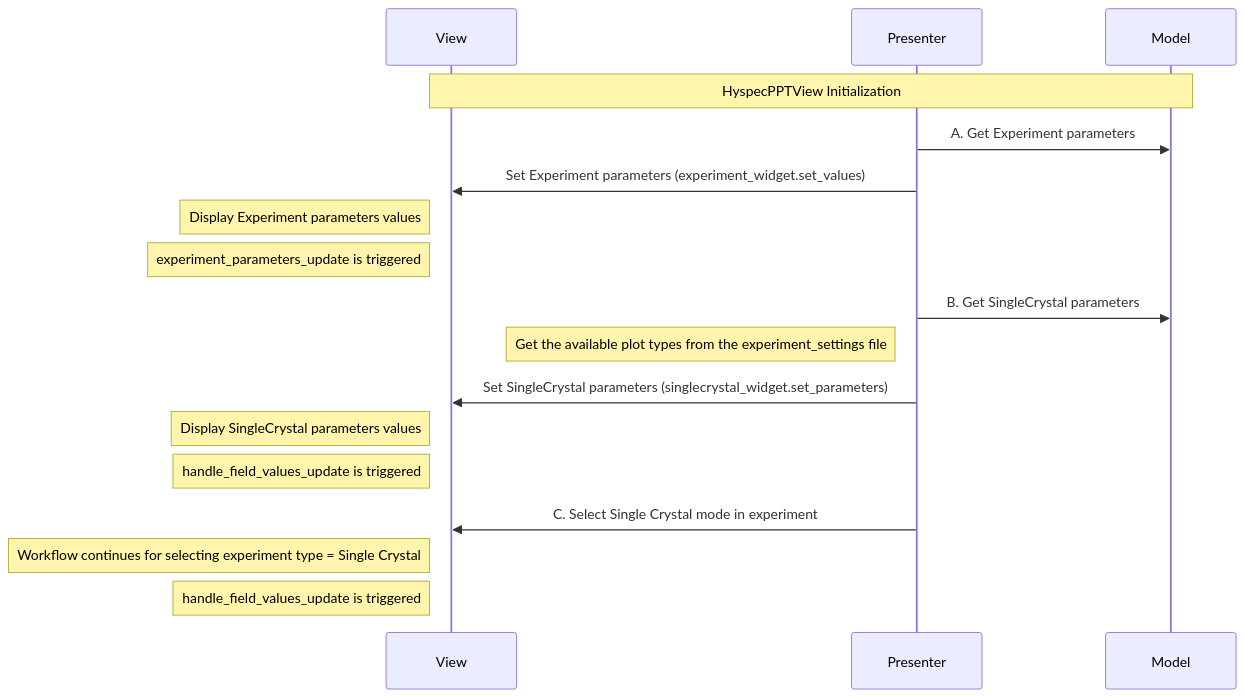
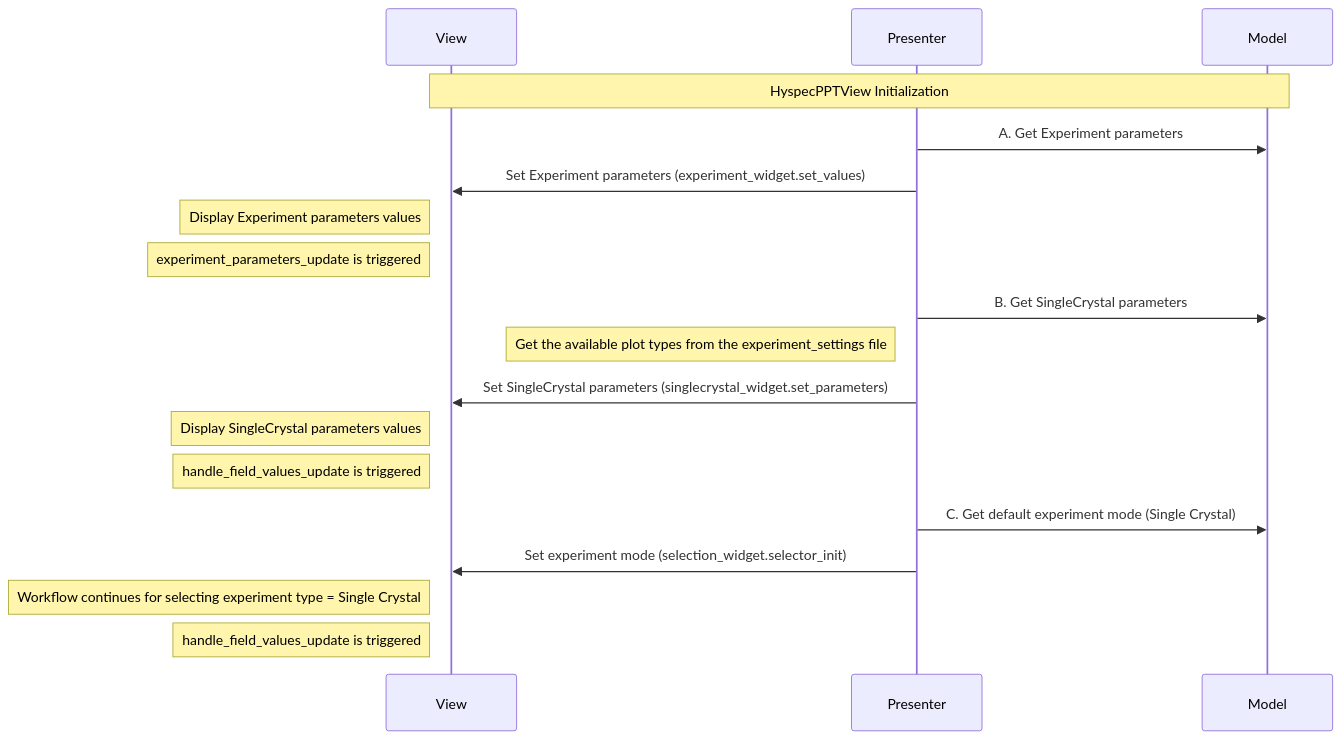
The fourth of 14 diagrams in docs/source/design/hyspecpptclasses.rst (neutrons/hyspecppt), drawn with Mermaid before and after one commit. The commit also changed other lines of this file, not shown here.

```diff
--- a/docs/source/design/hyspecpptclasses.rst
+++ b/docs/source/design/hyspecpptclasses.rst
@@ -198,22 +198,23 @@
     .. mermaid::
 
         sequenceDiagram
             participant View
             participant Presenter
             participant Model
 
             Note over View,Model:  HyspecPPTView Initialization
             Presenter->>Model: A. Get Experiment parameters
             Presenter->>View: Set Experiment parameters (experiment_widget.set_values)
             Note left of View: Display Experiment parameters values
             Note left of View: experiment_parameters_update is triggered
 
             Presenter->>Model: B. Get SingleCrystal parameters
             Note left of Presenter: Get the available plot types from the experiment_settings file
             Presenter->>View: Set SingleCrystal parameters (singlecrystal_widget.set_parameters)
             Note left of View: Display SingleCrystal parameters values
             Note left of View: handle_field_values_update is triggered
 
-            Presenter->>View: C. Select Single Crystal mode in experiment
+            Presenter->>Model: C. Get default experiment mode (Single Crystal)
+            Presenter->>View: Set experiment mode (selection_widget.selector_init)
             Note left of View: Workflow continues for selecting experiment type = Single Crystal
             Note left of View: handle_field_values_update is triggered
```
